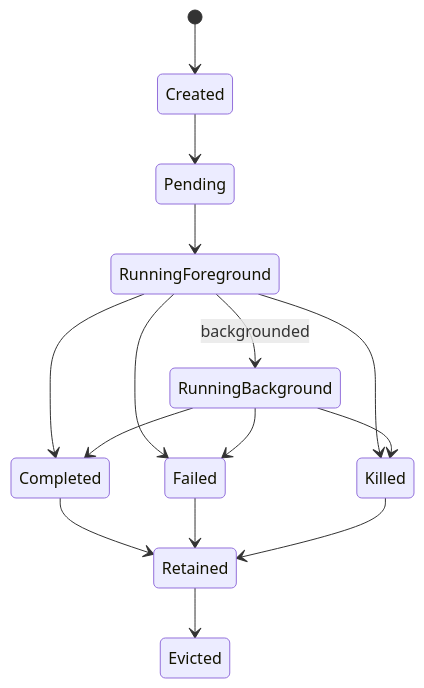
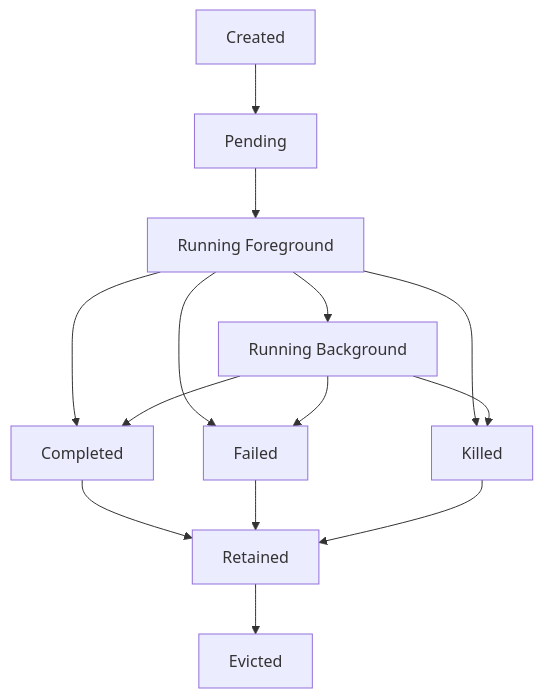
Before and after one commit to AICCer1/claude-code-build-architecture-deep-dive: diagram 34 of 44 in docs/00-architecture-all-in-one.md, drawn with Mermaid. The commit also changed other lines of this file, not shown here.

Commit message:
Simplify section 10 Mermaid diagrams for compatibility

````diff
--- a/docs/00-architecture-all-in-one.md
+++ b/docs/00-architecture-all-in-one.md
@@ -825,17 +824,16 @@
 ```mermaid
-stateDiagram-v2
-    [*] --> Created
-    Created --> Pending
-    Pending --> RunningForeground
-    RunningForeground --> RunningBackground: backgrounded
-    RunningForeground --> Completed
-    RunningForeground --> Failed
-    RunningForeground --> Killed
-    RunningBackground --> Completed
-    RunningBackground --> Failed
-    RunningBackground --> Killed
-    Completed --> Retained
-    Failed --> Retained
-    Killed --> Retained
-    Retained --> Evicted
+flowchart TD
+    A1[Created] --> A2[Pending]
+    A2 --> A3[Running Foreground]
+    A3 --> A4[Running Background]
+    A3 --> A5[Completed]
+    A3 --> A6[Failed]
+    A3 --> A7[Killed]
+    A4 --> A5
+    A4 --> A6
+    A4 --> A7
+    A5 --> A8[Retained]
+    A6 --> A8
+    A7 --> A8
+    A8 --> A9[Evicted]
 ```
````
